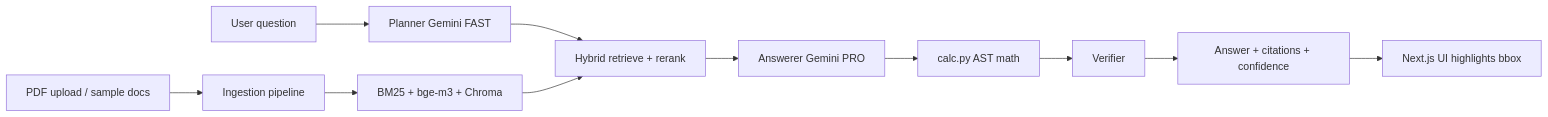
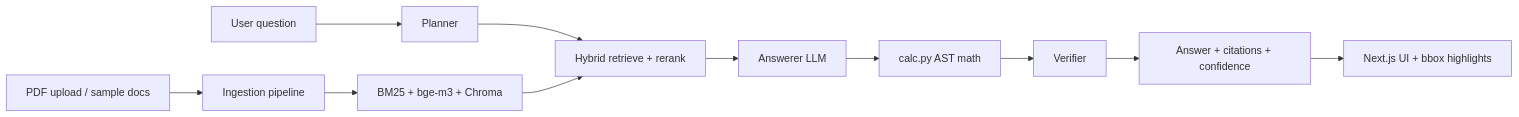
The diagram in README.md (Hasini3010/multimodal_doc_intelligence), drawn with Mermaid before and after one commit. The commit also changed other lines of this file and 24 other files, not shown here.

````diff
--- a/README.md
+++ b/README.md
@@ -12,13 +14,13 @@
 ```mermaid
 flowchart LR
   PDF[PDF upload / sample docs] --> ING[Ingestion pipeline]
   ING --> IDX[BM25 + bge-m3 + Chroma]
-  Q[User question] --> PL[Planner Gemini FAST]
+  Q[User question] --> PL[Planner]
   PL --> RET[Hybrid retrieve + rerank]
   IDX --> RET
-  RET --> ANS[Answerer Gemini PRO]
+  RET --> ANS[Answerer LLM]
   ANS --> CALC[calc.py AST math]
   CALC --> VER[Verifier]
   VER --> OUT[Answer + citations + confidence]
-  OUT --> UI[Next.js UI highlights bbox]
+  OUT --> UI[Next.js UI + bbox highlights]
 ```
````
